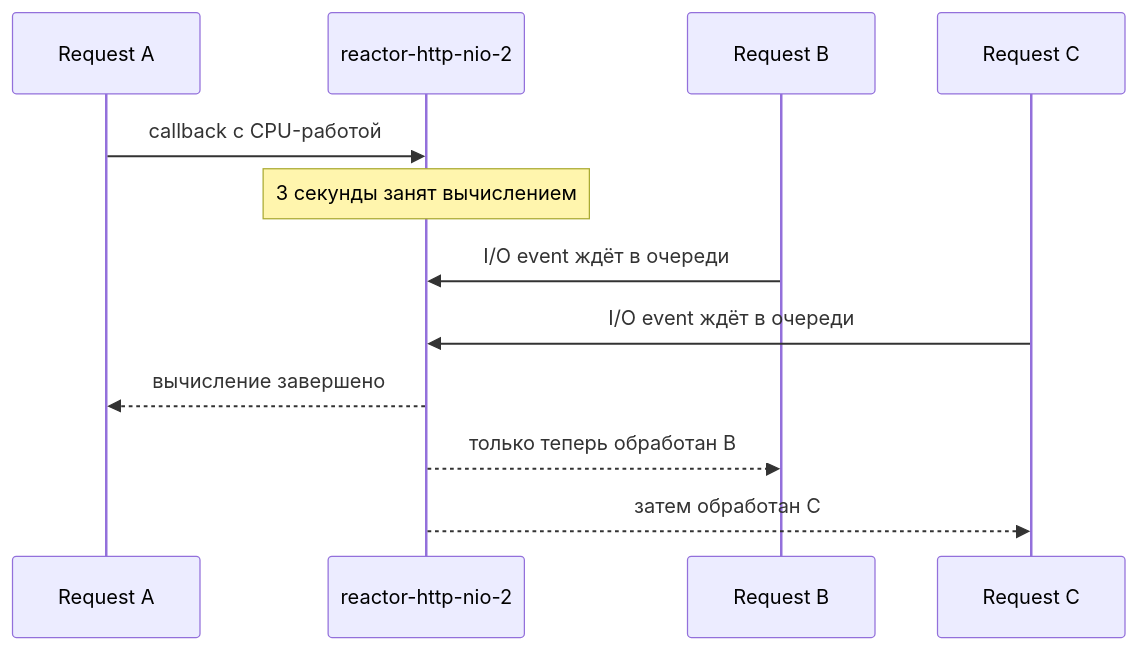
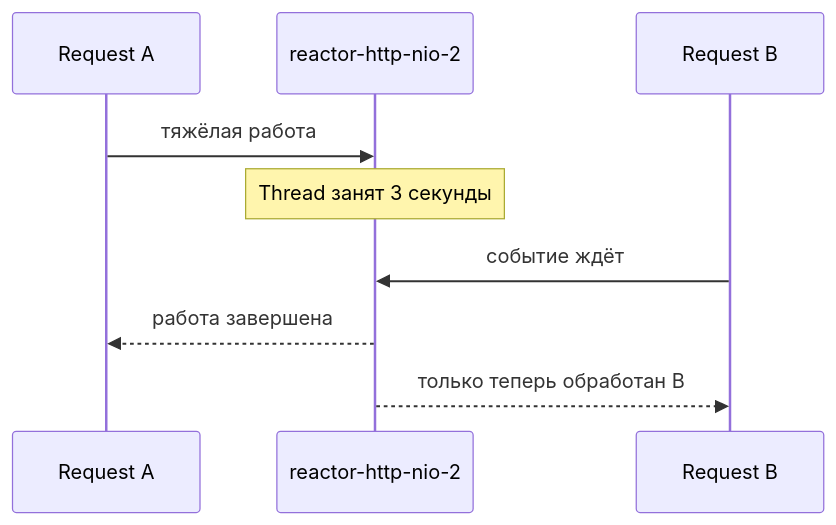
The second of 5 diagrams in src/main/java/com/akkulov/reactive_learning/modules/V6_threads_schedulers_practice/full-plan.md (omarakkulov/reactive-learning), drawn with Mermaid before and after one commit. The commit also changed other lines of this file and 4 other files, not shown here.

````diff
--- a/src/main/java/com/akkulov/reactive_learning/modules/V6_threads_schedulers_practice/full-plan.md
+++ b/src/main/java/com/akkulov/reactive_learning/modules/V6_threads_schedulers_practice/full-plan.md
@@ -117,14 +62,11 @@
 ```mermaid
 sequenceDiagram
     participant A as Request A
     participant EL as reactor-http-nio-2
     participant B as Request B
-    participant C as Request C
-    A ->> EL: callback с CPU-работой
-    Note over EL: 3 секунды занят вычислением
-    B ->> EL: I/O event ждёт в очереди
-    C ->> EL: I/O event ждёт в очереди
-    EL -->> A: вычисление завершено
+    A ->> EL: тяжёлая работа
+    Note over EL: Thread занят 3 секунды
+    B ->> EL: событие ждёт
+    EL -->> A: работа завершена
     EL -->> B: только теперь обработан B
-    EL -->> C: затем обработан C
 ```
````
